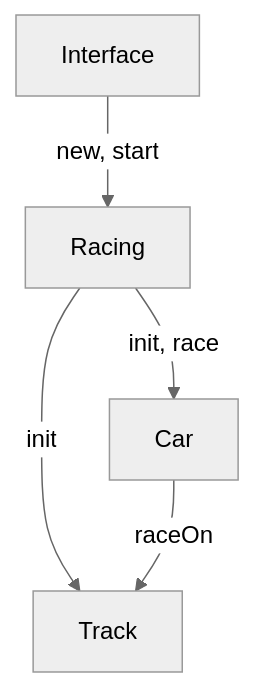
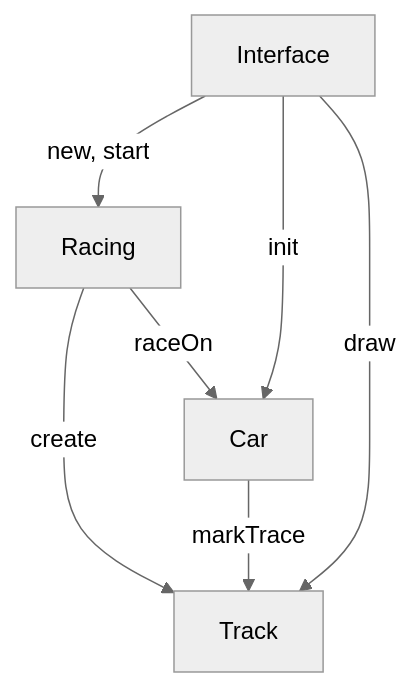
Before and after one commit to next-step/kotlin-racingcar: the diagram in src/main/kotlin/camp/nextstep/edu/step3/README.md, drawn with Mermaid (neutral theme). The commit also changed 9 other files, not shown here.

````diff
--- a/src/main/kotlin/camp/nextstep/edu/step3/README.md
+++ b/src/main/kotlin/camp/nextstep/edu/step3/README.md
@@ -20,7 +20,9 @@
 ```mermaid
 graph TD
     Interface --> |new, start| Racing
-    Racing -->|init| Track
-    Racing -->|init, race| Car
-    Car --> |raceOn| Track
+    Interface --> |init| Car
+    Interface --> |draw| Track
+    Racing -->|create| Track
+    Racing -->|raceOn| Car
+    Car --> |markTrace| Track
 ```
````
